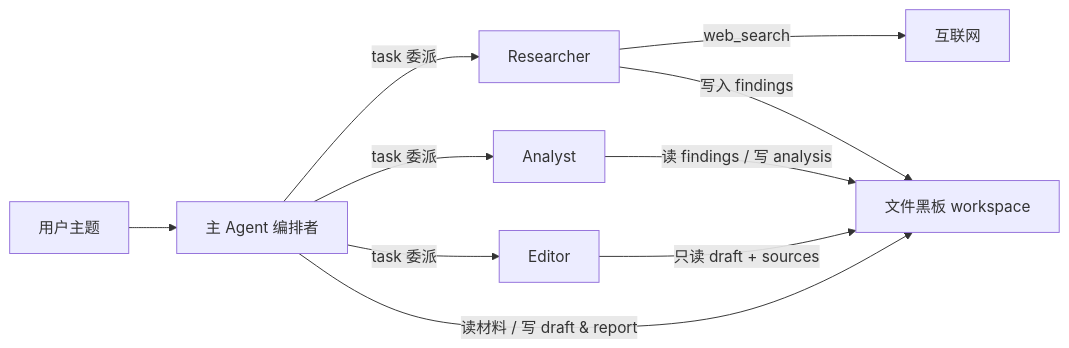
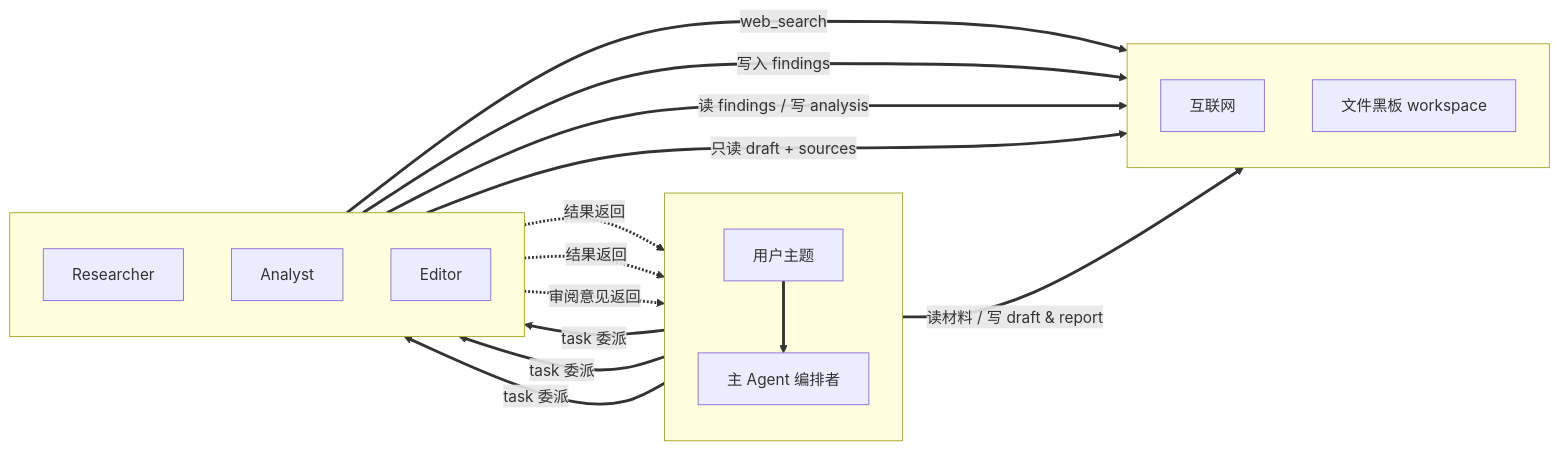
Before and after one commit to sunkuangdong/Deep_Research_Assistant: the first of 3 diagrams in README.zh.md, drawn with Mermaid. The commit also changed 1 other file, not shown here.

Commit message:
redraw the grouph

````diff
--- a/README.zh.md
+++ b/README.zh.md
@@ -39,14 +39,38 @@
 ```mermaid
 flowchart LR
-    User[用户主题] --> Orchestrator[主 Agent 编排者]
+    subgraph col1 [ ]
+        direction TB
+        User[用户主题]
+        Main[主 Agent 编排者]
+        User ==> Main
+    end
 
-    Orchestrator -->|task 委派| Researcher[Researcher]
-    Orchestrator -->|task 委派| Analyst[Analyst]
-    Orchestrator -->|task 委派| Editor[Editor]
+    subgraph col2 [ ]
+        direction TB
+        Researcher[Researcher]
+        Analyst[Analyst]
+        Editor[Editor]
+    end
 
-    Researcher -->|web_search| Web[互联网]
-    Researcher -->|写入 findings| Board[文件黑板 workspace]
-    Analyst -->|读 findings / 写 analysis| Board
-    Editor -->|只读 draft + sources| Board
-    Orchestrator -->|读材料 / 写 draft & report| Board
+    subgraph col3 [ ]
+        direction TB
+        Web[互联网]
+        Board[文件黑板 workspace]
+    end
+
+    Main ==>|task 委派| Researcher
+    Main ==>|task 委派| Analyst
+    Main ==>|task 委派| Editor
+
+    Researcher -.->|结果返回| Main
+    Analyst -.->|结果返回| Main
+    Editor -.->|审阅意见返回| Main
+
+    Researcher ==>|web_search| Web
+    Researcher ==>|写入 findings| Board
+    Analyst ==>|读 findings / 写 analysis| Board
+    Editor ==>|只读 draft + sources| Board
+    Main ==>|读材料 / 写 draft & report| Board
+
+    linkStyle default stroke-width:3px
 ```
````
